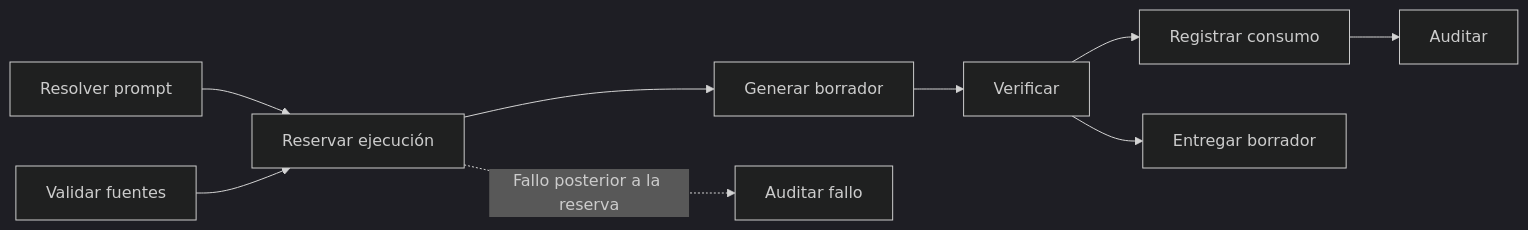
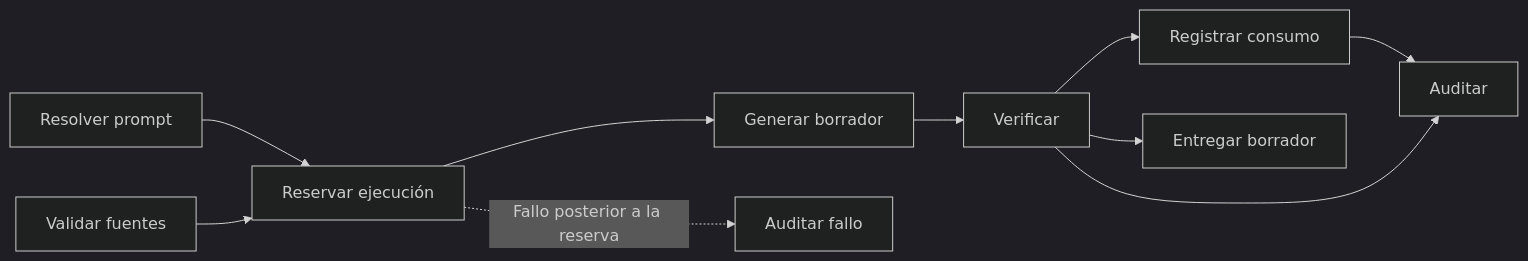
Before and after one commit to DanielOpazoD/hhr-documentos-clinicos: the diagram in docs/AI_CLINICAL_DRAFT_WORKFLOW.md, drawn with Mermaid (dark theme). The commit also changed 5 other files, not shown here.

````diff
--- a/docs/AI_CLINICAL_DRAFT_WORKFLOW.md
+++ b/docs/AI_CLINICAL_DRAFT_WORKFLOW.md
@@ -5,11 +5,12 @@
 ```mermaid
 flowchart LR
     P[Resolver prompt] --> R[Reservar ejecución]
     S[Validar fuentes] --> R
     R --> G[Generar borrador]
     G --> V[Verificar]
     V --> U[Registrar consumo]
     U --> A[Auditar]
+    V --> A
     V --> D[Entregar borrador]
     R -. Fallo posterior a la reserva .-> F[Auditar fallo]
 ```
````
